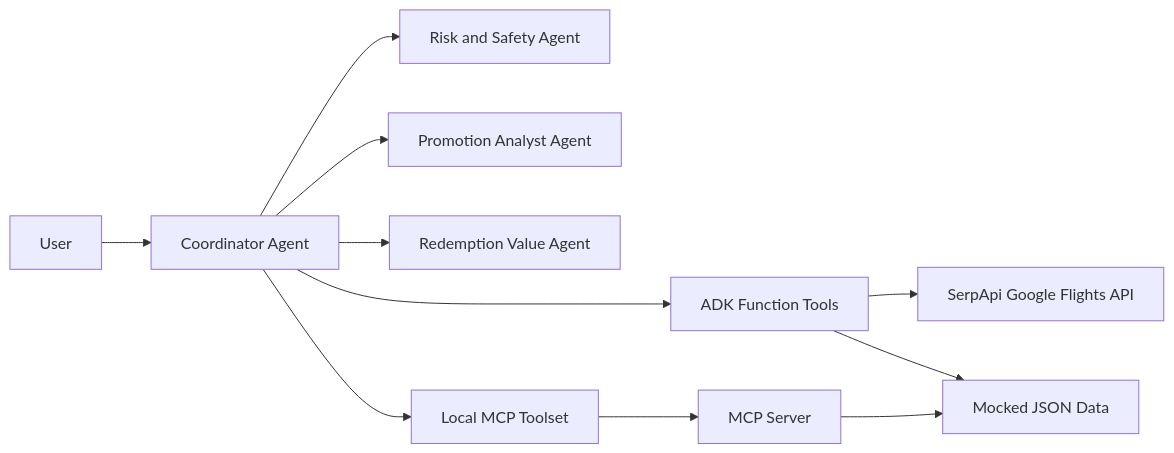
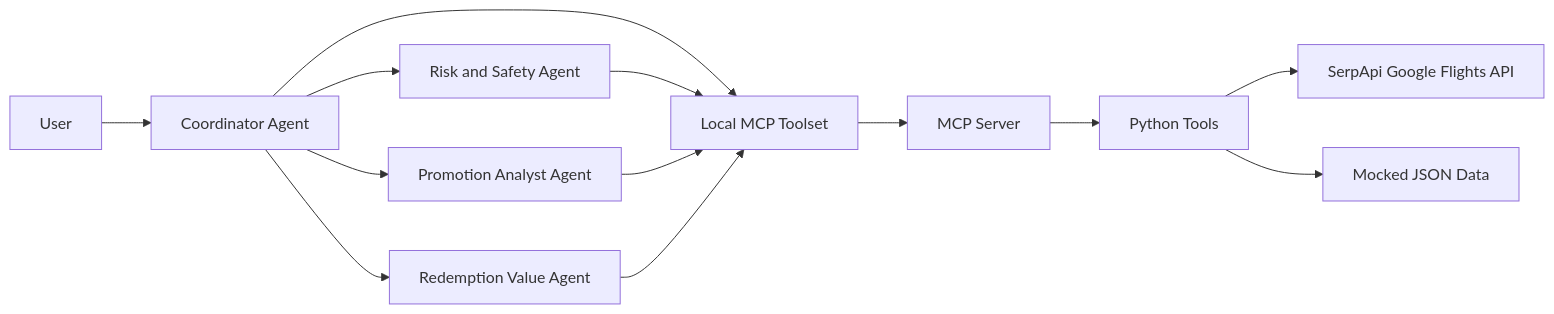
The diagram in README.md (thaisaraujom/miles-agent), drawn with Mermaid before and after one commit. The commit also changed other lines of this file and 1 other file, not shown here.

Commit message:
refactor: route specialist tools through mcp

````diff
--- a/README.md
+++ b/README.md
@@ -52,13 +52,15 @@
 ```mermaid
 flowchart LR
     U["User"] --> C["Coordinator Agent"]
     C --> S["Risk and Safety Agent"]
     C --> P["Promotion Analyst Agent"]
     C --> R["Redemption Value Agent"]
-    C --> T["ADK Function Tools"]
+    C --> M["Local MCP Toolset"]
+    S --> M
+    P --> M
+    R --> M
+    M --> MS["MCP Server"]
+    MS --> T["Python Tools"]
     T --> F["SerpApi Google Flights API"]
-    C --> M["Local MCP Toolset"]
-    M --> MS["MCP Server"]
-    MS --> D["Mocked JSON Data"]
-    T --> D
+    T --> D["Mocked JSON Data"]
 ```
````
